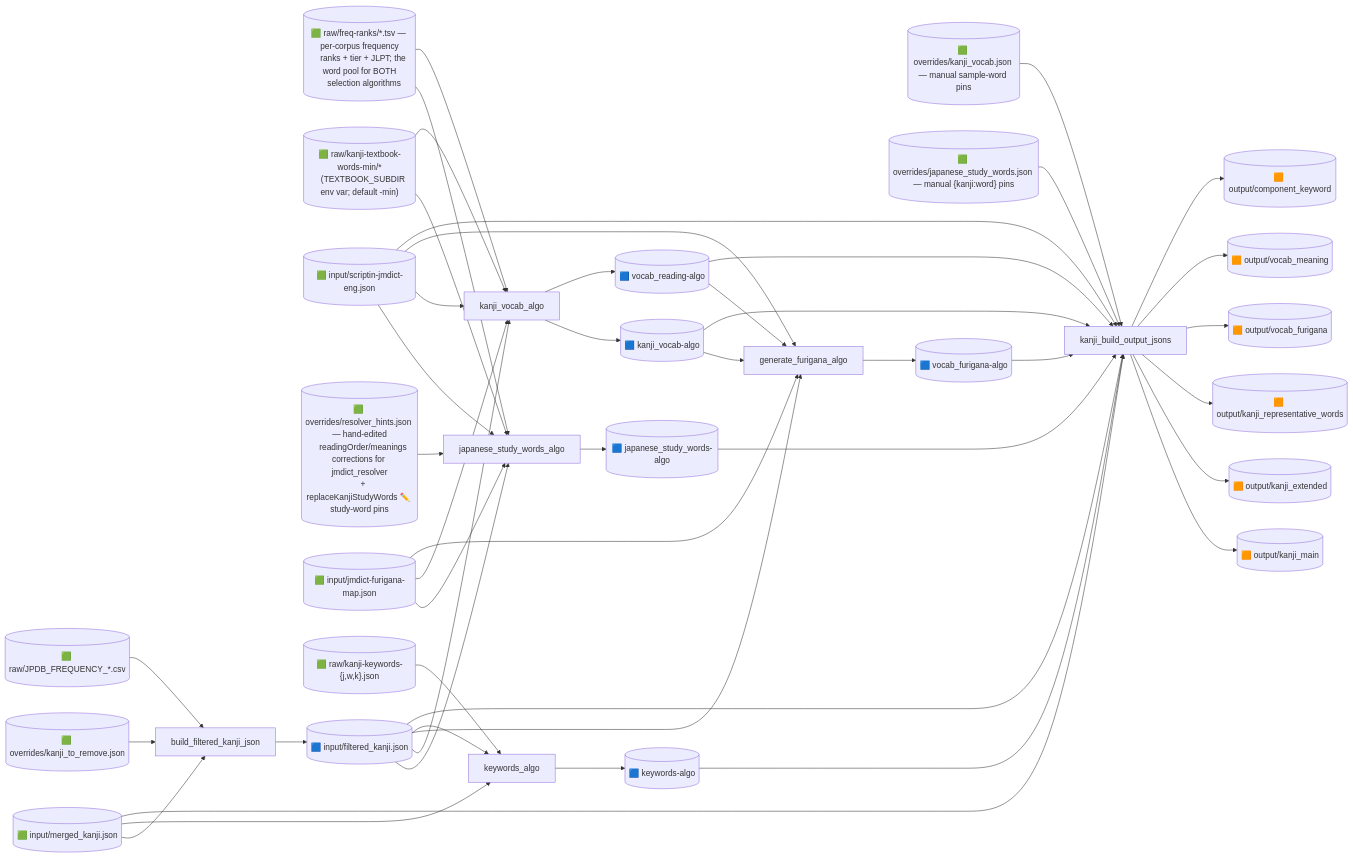
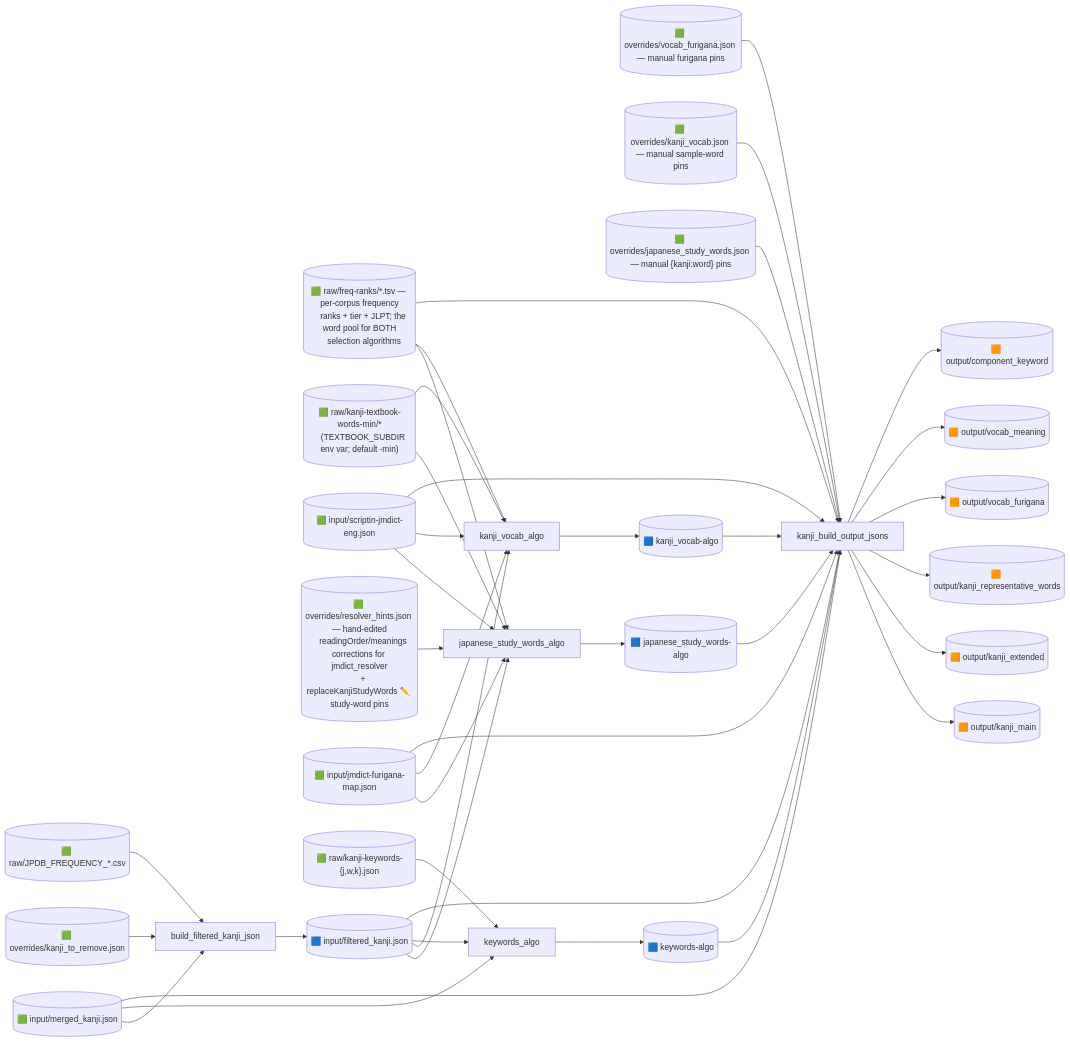
The second of 8 diagrams in notes/flowchart.md (PikaPikaGems/kanji-heatmap-data), drawn with Mermaid before and after one commit. The commit also changed other lines of this file and 7 other files, not shown here.

First line of the commit message:
Generate furigana on the fly in the final build.

```diff
--- a/notes/flowchart.md
+++ b/notes/flowchart.md
@@ -81,6 +82,7 @@
     furimap[("🟩 input/jmdict-furigana-map.json")]
     jpdbfreq[("🟩 raw/JPDB_FREQUENCY_*.csv")]
     keywordsraw[("🟩 raw/kanji-keywords-{j,w,k}.json")]
+    vfman[("🟩 overrides/vocab_furigana.json — manual furigana pins")]
 
     %% hand-written manual overrides that merge at BUILD time (kanji_vocab / study-word
     %% analog of the -algo files) — shown here because they feed S6, not the algos.
@@ -91,19 +93,14 @@
     S1[build_filtered_kanji_json]
     S2[japanese_study_words_algo]
     S3[kanji_vocab_algo]
-    S4[generate_furigana_algo]
     SK[keywords_algo]
     S6[kanji_build_output_jsons]
 
-    %% intermediate files — all script-written: input/filtered_kanji.json and the
-    %% -algo.json overrides. The hand-written overrides/*.json (no -algo suffix) that
-    %% take priority at build time are authoritative; the two that matter to the algos'
-    %% outputs (kanji_vocab, japanese_study_words) are drawn above.
+    %% intermediate files — script-written: input/filtered_kanji.json and the
+    %% committed -algo.json overrides. Furigana/meanings are generated inside S6.
     filt[("🟦 input/filtered_kanji.json")]
     jsw[("🟦 japanese_study_words-algo")]
     kv[("🟦 kanji_vocab-algo")]
-    vr[("🟦 vocab_reading-algo")]
-    vf[("🟦 vocab_furigana-algo")]
     kwalgo[("🟦 keywords-algo")]
 
     %% outputs
@@ -133,27 +130,21 @@
     textbook --> S3
     jmdict --> S3
     furimap --> S3
-    S3 --> kv & vr
-
-    filt --> S4
-    kv --> S4
-    furimap --> S4
-    jmdict --> S4
-    vr --> S4
-    S4 --> vf
+    S3 --> kv
 
     merged --> SK
     keywordsraw --> SK
     filt --> SK
     SK --> kwalgo
 
-    %% final build
+    %% final build — generates furigana/meanings on the fly
     filt --> S6
     merged --> S6
     kv --> S6
     kvman --> S6
-    vr --> S6
-    vf --> S6
+    vfman --> S6
+    furimap --> S6
+    freqranks --> S6
     jsw --> S6
     jswman --> S6
     kwalgo --> S6
```
